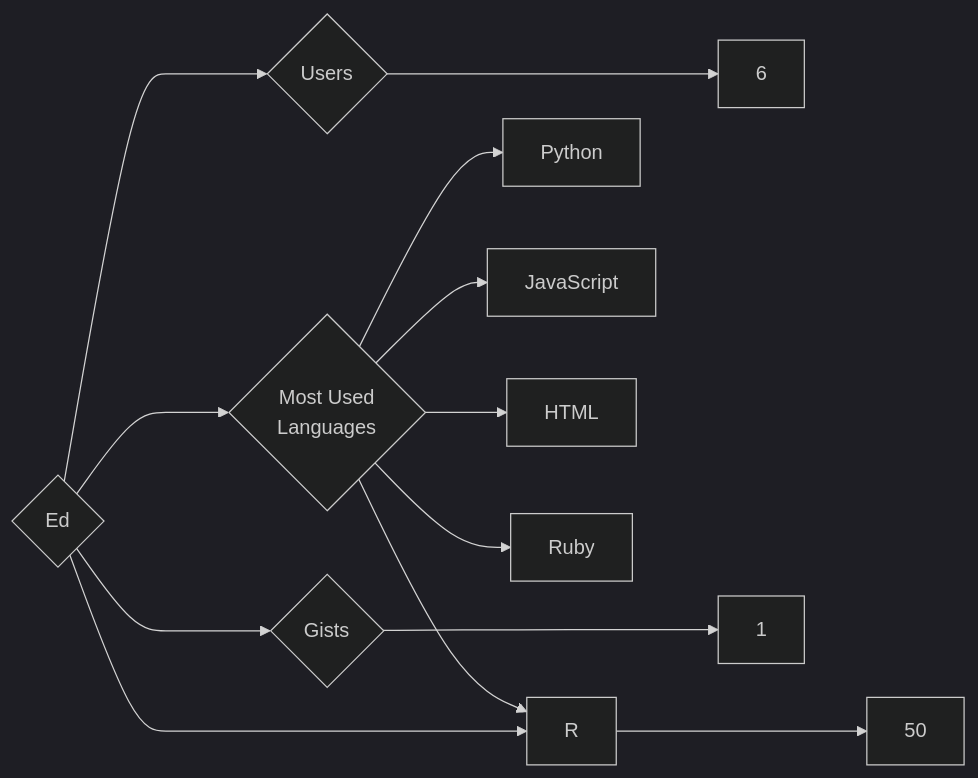
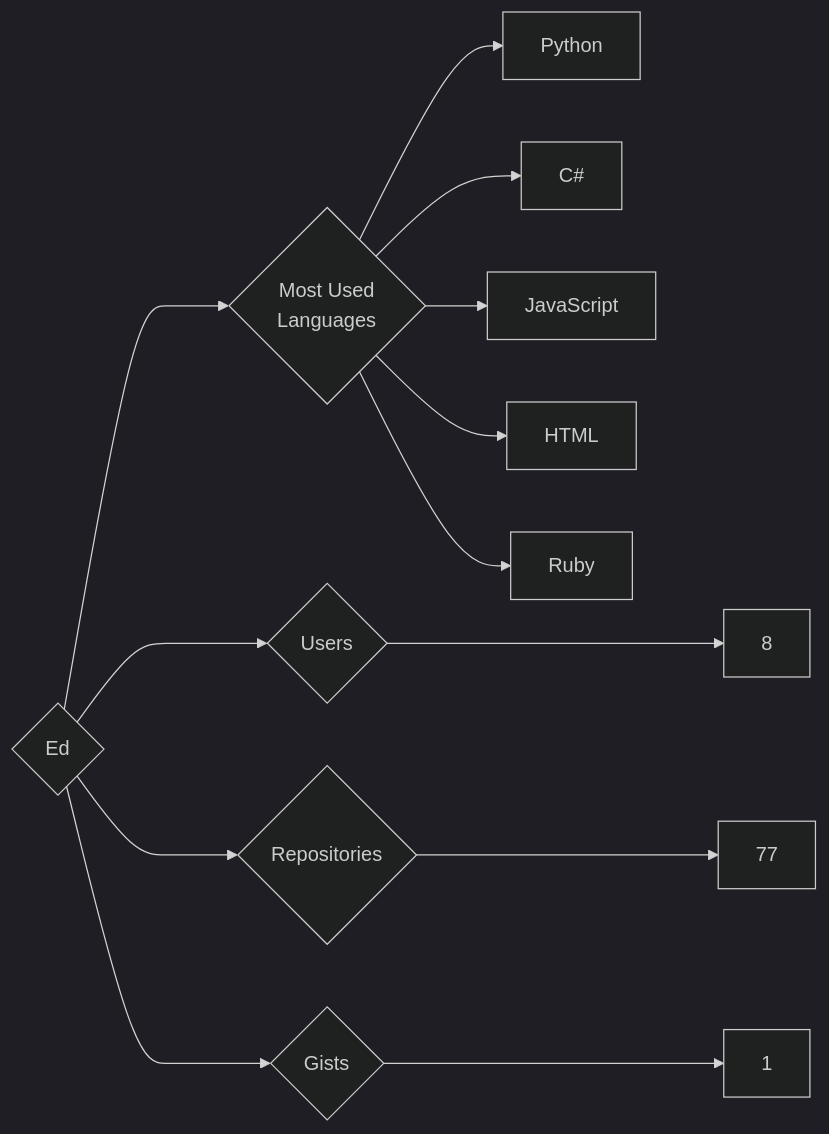
Before and after one commit to trickest/insiders: the diagram in targets/Ed/README.md, drawn with Mermaid (dark theme). The commit also changed 1092 other files, not shown here.

````diff
--- a/targets/Ed/README.md
+++ b/targets/Ed/README.md
@@ -3,13 +3,13 @@
 ```mermaid
 graph LR
 COMPANY_NAME{Ed}
-COMPANY_NAME ---> U{Users} ---> UN[6]
-COMPANY_NAME ---> R{Repositories} ---> RN[50]
+COMPANY_NAME ---> U{Users} ---> UN[8]
+COMPANY_NAME ---> R{Repositories} ---> RN[77]
 COMPANY_NAME ---> G{Gists} ---> GN[1]
 COMPANY_NAME ---> ML{Most Used<br>Languages}
 ML --> Python[Python]
+ML --> C#[C#]
 ML --> JavaScript[JavaScript]
 ML --> HTML[HTML]
 ML --> Ruby[Ruby]
-ML --> R[R]
 ```
````
